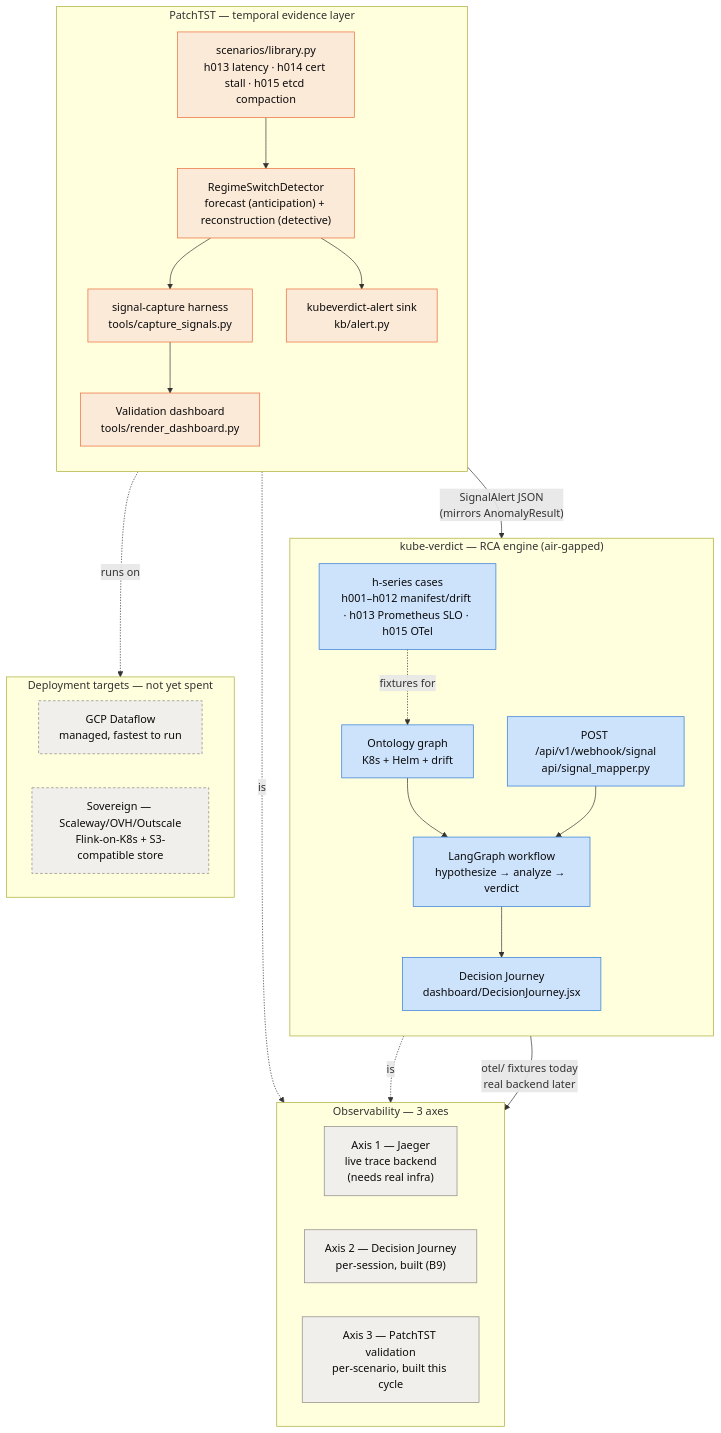
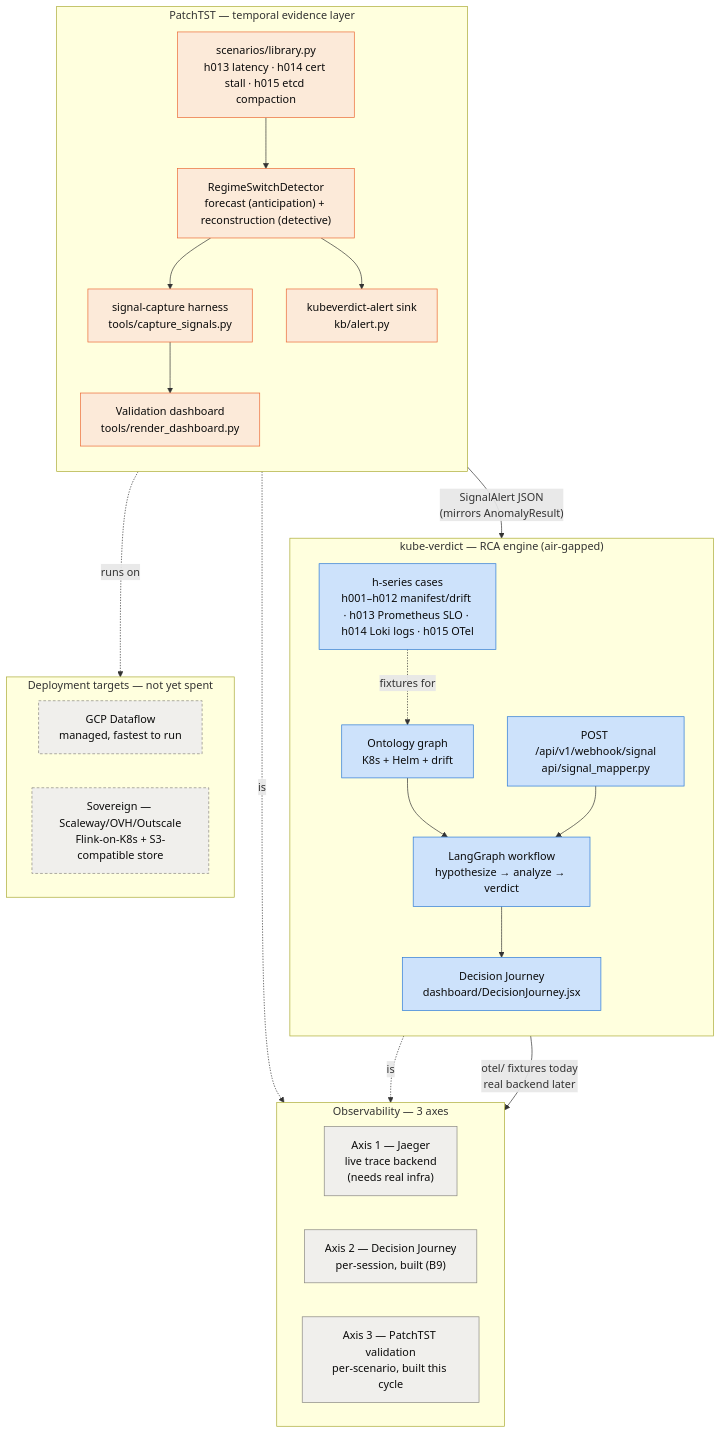
The diagram in docs/kubeverdict-patchtst-map.md (a1h8/kube-verdict), drawn with Mermaid before and after one commit. The commit also changed other lines of this file and 13 other files, not shown here.

````diff
--- a/docs/kubeverdict-patchtst-map.md
+++ b/docs/kubeverdict-patchtst-map.md
@@ -9,58 +9,58 @@
 ```mermaid
 flowchart TB
     subgraph KV["kube-verdict — RCA engine (air-gapped)"]
         direction TB
         KVG["Ontology graph<br/>K8s + Helm + drift"]
         KVW["LangGraph workflow<br/>hypothesize → analyze → verdict"]
-        KVH["h-series cases<br/>h001–h012 manifest/drift · h013 Prometheus SLO · h015 OTel"]
+        KVH["h-series cases<br/>h001–h012 manifest/drift · h013 Prometheus SLO · h014 Loki logs · h015 OTel"]
         KVWH["POST /api/v1/webhook/signal<br/>api/signal_mapper.py"]
         KVDJ["Decision Journey<br/>dashboard/DecisionJourney.jsx"]
         KVG --> KVW
         KVH -.fixtures for.-> KVG
         KVWH --> KVW
         KVW --> KVDJ
     end
 
     subgraph PT["PatchTST — temporal evidence layer"]
         direction TB
         PTD["RegimeSwitchDetector<br/>forecast (anticipation) + reconstruction (detective)"]
         PTS["scenarios/library.py<br/>h013 latency · h014 cert stall · h015 etcd compaction"]
         PTA["kubeverdict-alert sink<br/>kb/alert.py"]
         PTV["signal-capture harness<br/>tools/capture_signals.py"]
         PTDB["Validation dashboard<br/>tools/render_dashboard.py"]
         PTS --> PTD
         PTD --> PTV
         PTV --> PTDB
         PTD --> PTA
     end
 
     PTA -- "SignalAlert JSON<br/>(mirrors AnomalyResult)" --> KVWH
 
     subgraph OBS["Observability — 3 axes"]
         direction LR
         AX1["Axis 1 — Jaeger<br/>live trace backend<br/>(needs real infra)"]
         AX2["Axis 2 — Decision Journey<br/>per-session, built (B9)"]
         AX3["Axis 3 — PatchTST validation<br/>per-scenario, built this cycle"]
     end
 
     KVDJ -.is.-> AX2
     PTDB -.is.-> AX3
     KVH -- "otel/ fixtures today<br/>real backend later" --> AX1
 
     subgraph DEPLOY["Deployment targets — not yet spent"]
         direction LR
         GCP["GCP Dataflow<br/>managed, fastest to run"]
         SOV["Sovereign — Scaleway/OVH/Outscale<br/>Flink-on-K8s + S3-compatible store"]
     end
 
     PT -.runs on.-> DEPLOY
 
     classDef kv fill:#cde2fb,stroke:#2a78d6,color:#0b0b0b;
     classDef pt fill:#fcead9,stroke:#eb6834,color:#0b0b0b;
     classDef obs fill:#f0efec,stroke:#898781,color:#0b0b0b;
     classDef deploy fill:#f0efec,stroke:#898781,color:#0b0b0b,stroke-dasharray: 4 3;
     class KVG,KVW,KVH,KVWH,KVDJ kv;
     class PTD,PTS,PTA,PTV,PTDB pt;
     class AX1,AX2,AX3 obs;
     class GCP,SOV deploy;
 ```
````
